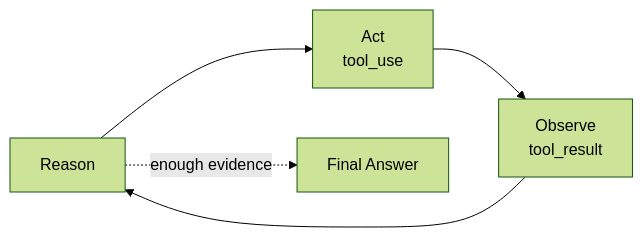
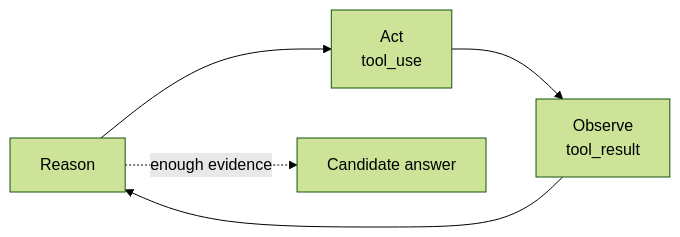
One commit to sazzad-kamal/crm-agentic-mcp-engine changed the fifth of 8 diagrams in README.md. Above: the diagram before and after it, drawn with Mermaid (forest theme). The commit also changed other lines of this file, not shown here.

Commit message:
Consistency: ReAct/Reflexion section 'Final Answer' -> 'Candidate answer' (pre-validation) to match D1

````diff
--- a/README.md
+++ b/README.md
@@ -197,7 +197,7 @@
 ```mermaid
 flowchart LR
     R[Reason] --> A[Act<br/>tool_use]
     A --> O[Observe<br/>tool_result]
     O --> R
-    R -.->|enough evidence| FA[Final Answer]
+    R -.->|enough evidence| FA[Candidate answer]
 ```
````
